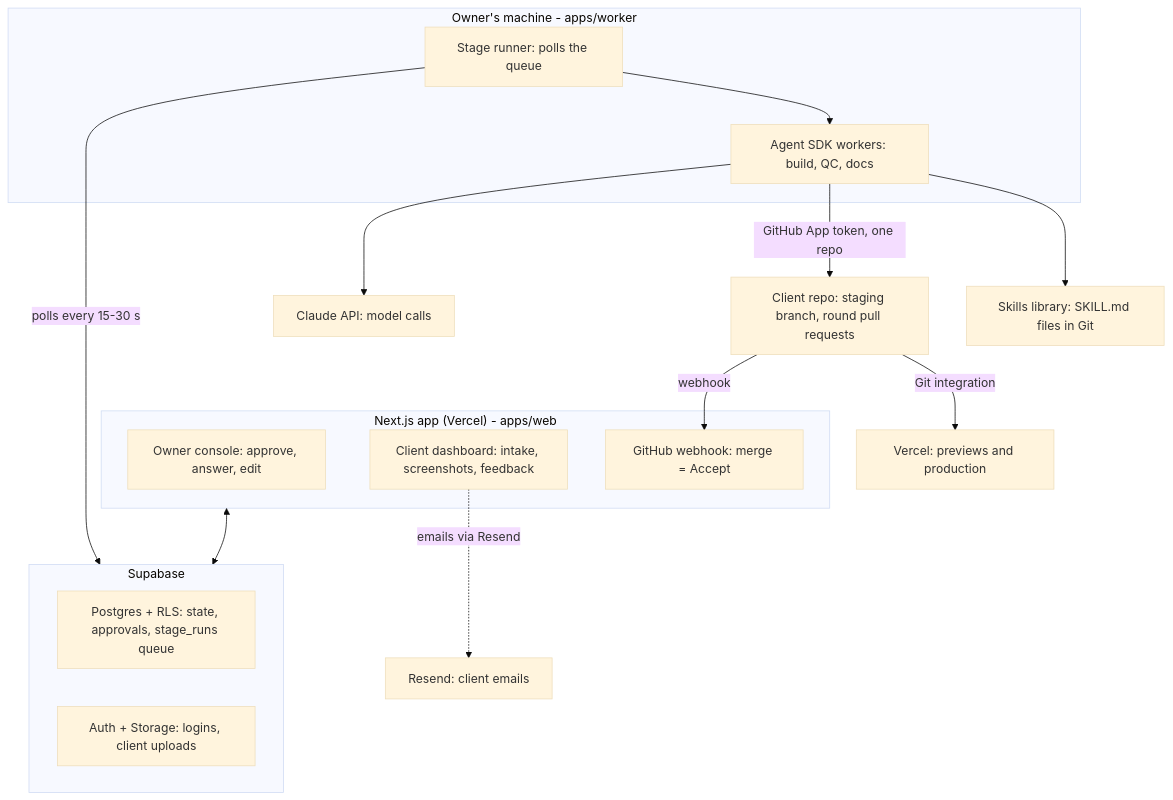
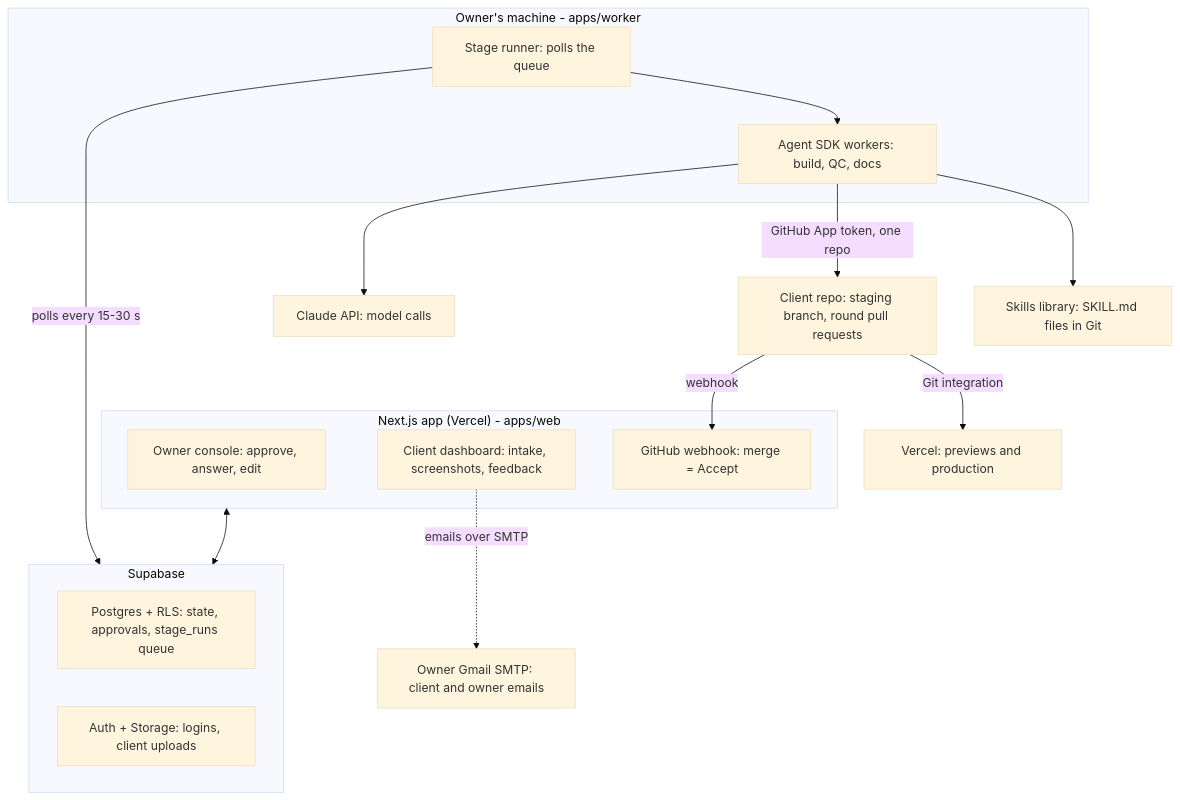
Before and after one commit to ajp99/webdev-pipeline-engine: the diagram in docs/spec/02-architecture.md, drawn with Mermaid (base theme). The commit also changed other lines of this file and 23 other files, not shown here.

````diff
--- a/docs/spec/02-architecture.md
+++ b/docs/spec/02-architecture.md
@@ -7,25 +7,25 @@
 ```mermaid
 flowchart TB
   subgraph vercel["Next.js app (Vercel) - apps/web"]
     owner["Owner console: approve, answer, edit"]
     client["Client dashboard: intake, screenshots, feedback"]
     hook["GitHub webhook: merge = Accept"]
   end
   subgraph supabase["Supabase"]
     pg["Postgres + RLS: state, approvals, stage_runs queue"]
     auth["Auth + Storage: logins, client uploads"]
   end
   subgraph machine["Owner's machine - apps/worker"]
     runner["Stage runner: polls the queue"]
     workers["Agent SDK workers: build, QC, docs"]
   end
   vercel <--> supabase
   runner -->|"polls every 15-30 s"| supabase
   runner --> workers
   workers --> skills["Skills library: SKILL.md files in Git"]
   workers -->|"GitHub App token, one repo"| repo["Client repo: staging branch, round pull requests"]
   workers --> api["Claude API: model calls"]
   repo -->|"Git integration"| deploy["Vercel: previews and production"]
   repo -->|"webhook"| hook
-  client -.->|"emails via Resend"| mail["Resend: client emails"]
+  client -.->|"emails over SMTP"| mail["Owner Gmail SMTP: client and owner emails"]
 ```
````
